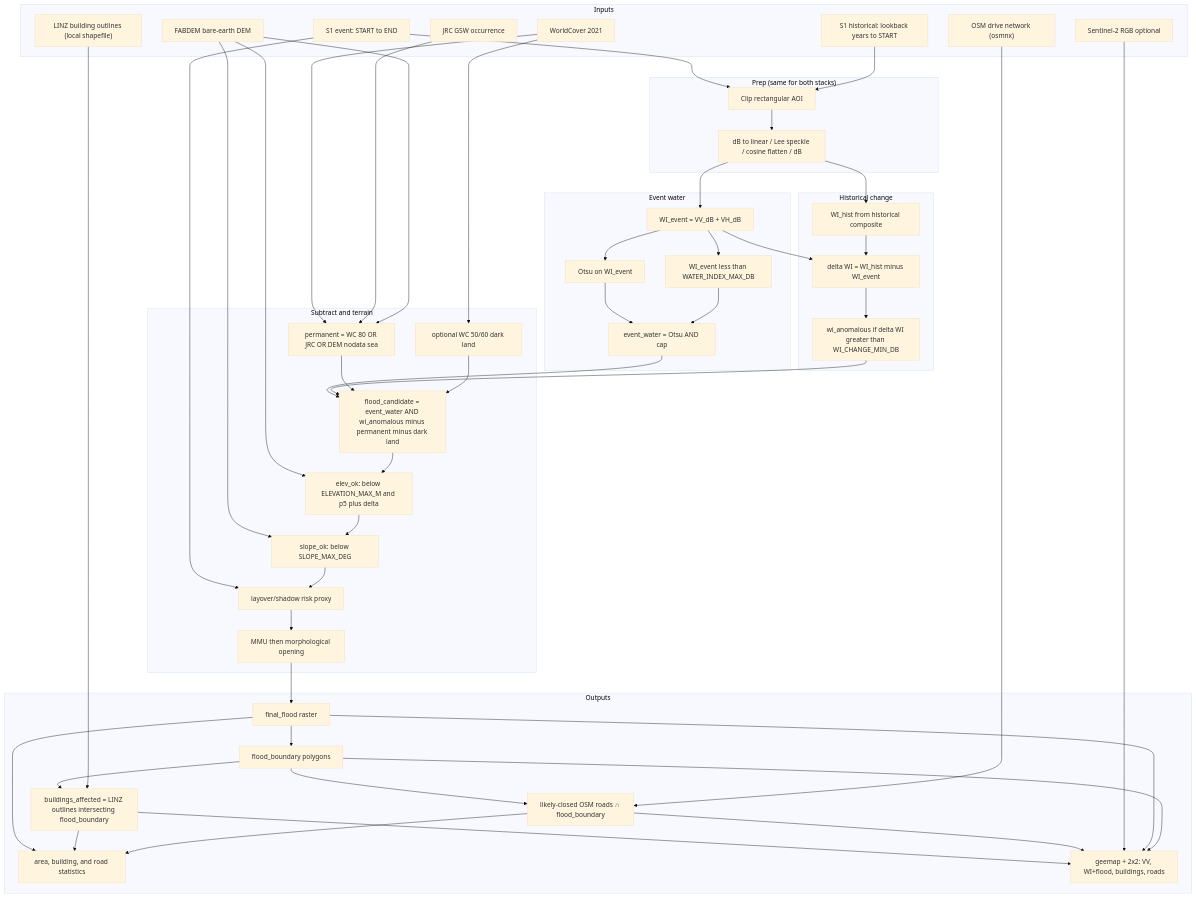
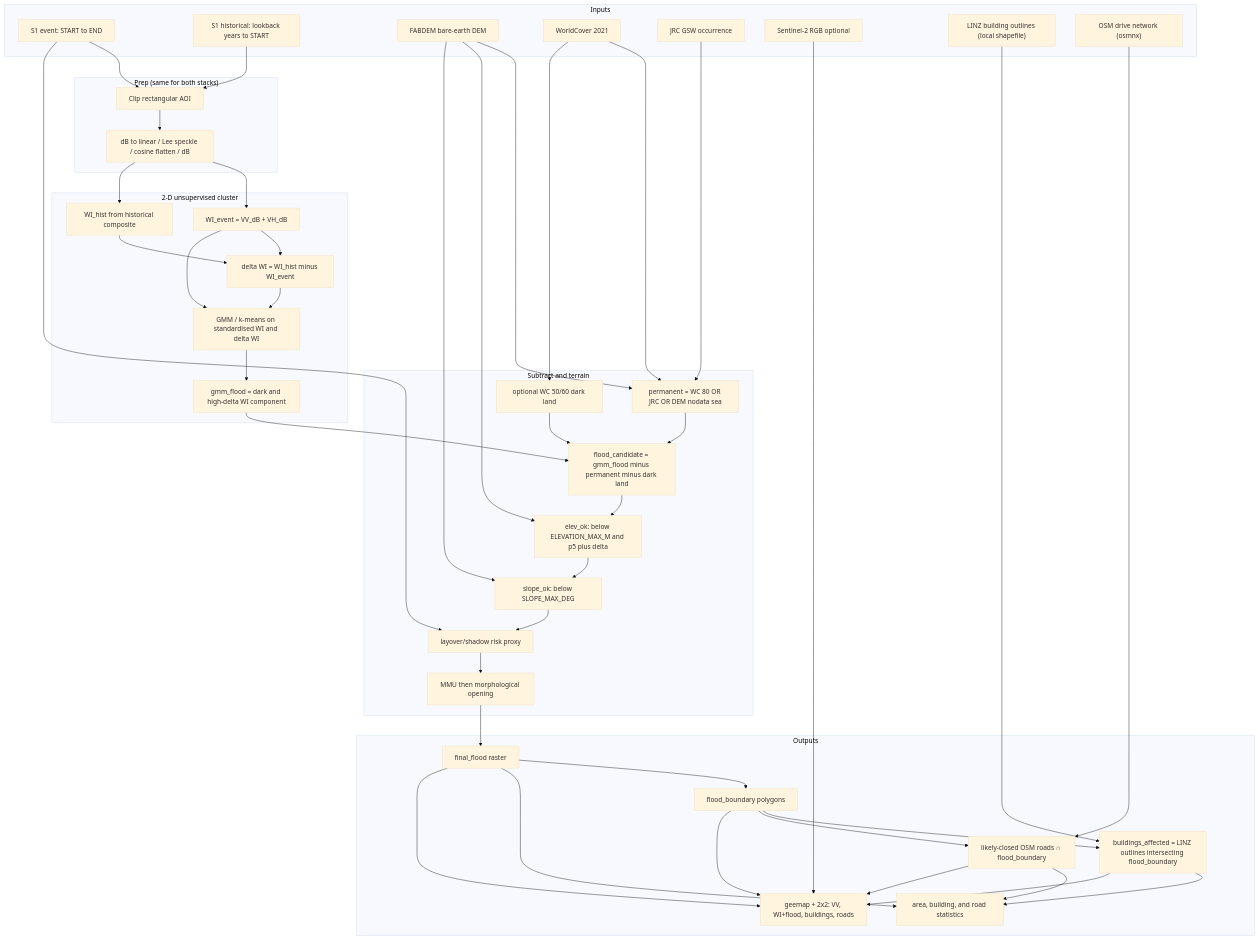
Before and after one commit to bmcl980-max/GIS: the diagram in README.md, drawn with Mermaid (base theme). The commit also changed other lines of this file, not shown here.

Commit message:
docs:unsupervised learning

````diff
--- a/README.md
+++ b/README.md
@@ -173,79 +173,74 @@
 ```mermaid
 flowchart TD
   subgraph IN["Inputs"]
     S1E["S1 event: START to END"]
     S1H["S1 historical: lookback years to START"]
     DEM["FABDEM bare-earth DEM"]
     WC["WorldCover 2021"]
     JRC["JRC GSW occurrence"]
     S2["Sentinel-2 RGB optional"]
     LINZ["LINZ building outlines (local shapefile)"]
     OSM["OSM drive network (osmnx)"]
   end
   subgraph PRE["Prep (same for both stacks)"]
     CLIP["Clip rectangular AOI"]
     LEE["dB to linear / Lee speckle / cosine flatten / dB"]
   end
-  subgraph WTR["Event water"]
+  subgraph WTR["2-D unsupervised cluster"]
     WI["WI_event = VV_dB + VH_dB"]
-    OTSU["Otsu on WI_event"]
-    CAP["WI_event less than WATER_INDEX_MAX_DB"]
-    EW["event_water = Otsu AND cap"]
-  end
-  subgraph CHG["Historical change"]
     WIH["WI_hist from historical composite"]
     DLT["delta WI = WI_hist minus WI_event"]
-    ANO["wi_anomalous if delta WI greater than WI_CHANGE_MIN_DB"]
+    GMM["GMM / k-means on standardised WI and delta WI"]
+    EW["gmm_flood = dark and high-delta WI component"]
   end
   subgraph MASK["Subtract and terrain"]
     PERM["permanent = WC 80 OR JRC OR DEM nodata sea"]
     DARK["optional WC 50/60 dark land"]
-    CAND["flood_candidate = event_water AND wi_anomalous minus permanent minus dark land"]
+    CAND["flood_candidate = gmm_flood minus permanent minus dark land"]
     ELEV["elev_ok: below ELEVATION_MAX_M and p5 plus delta"]
     SLP["slope_ok: below SLOPE_MAX_DEG"]
     LAY["layover/shadow risk proxy"]
     MMU["MMU then morphological opening"]
   end
   subgraph OUT["Outputs"]
     FF["final_flood raster"]
     POLY["flood_boundary polygons"]
     BLD["buildings_affected = LINZ outlines intersecting flood_boundary"]
     RD["likely-closed OSM roads ∩ flood_boundary"]
     STAT["area, building, and road statistics"]
     MAP["geemap + 2x2: VV, WI+flood, buildings, roads"]
   end
   S1E --> CLIP
   S1H --> CLIP
   CLIP --> LEE
   LEE --> WI
   LEE --> WIH
-  WI --> OTSU --> EW
-  WI --> CAP --> EW
+  WI --> DLT
   WIH --> DLT
-  WI --> DLT --> ANO
+  WI --> GMM
+  DLT --> GMM --> EW
   WC --> PERM
   JRC --> PERM
   DEM --> PERM
   WC --> DARK
   EW --> CAND
-  ANO --> CAND
   PERM --> CAND
   DARK --> CAND
   DEM --> ELEV
   DEM --> SLP
   S1E --> LAY
   CAND --> ELEV --> SLP --> LAY --> MMU --> FF
   FF --> POLY
   FF --> STAT
   POLY --> BLD
   LINZ --> BLD
   POLY --> RD
   OSM --> RD
   BLD --> STAT
   RD --> STAT
   BLD --> MAP
   RD --> MAP
   S2 --> MAP
   FF --> MAP
   POLY --> MAP
 ```
````
